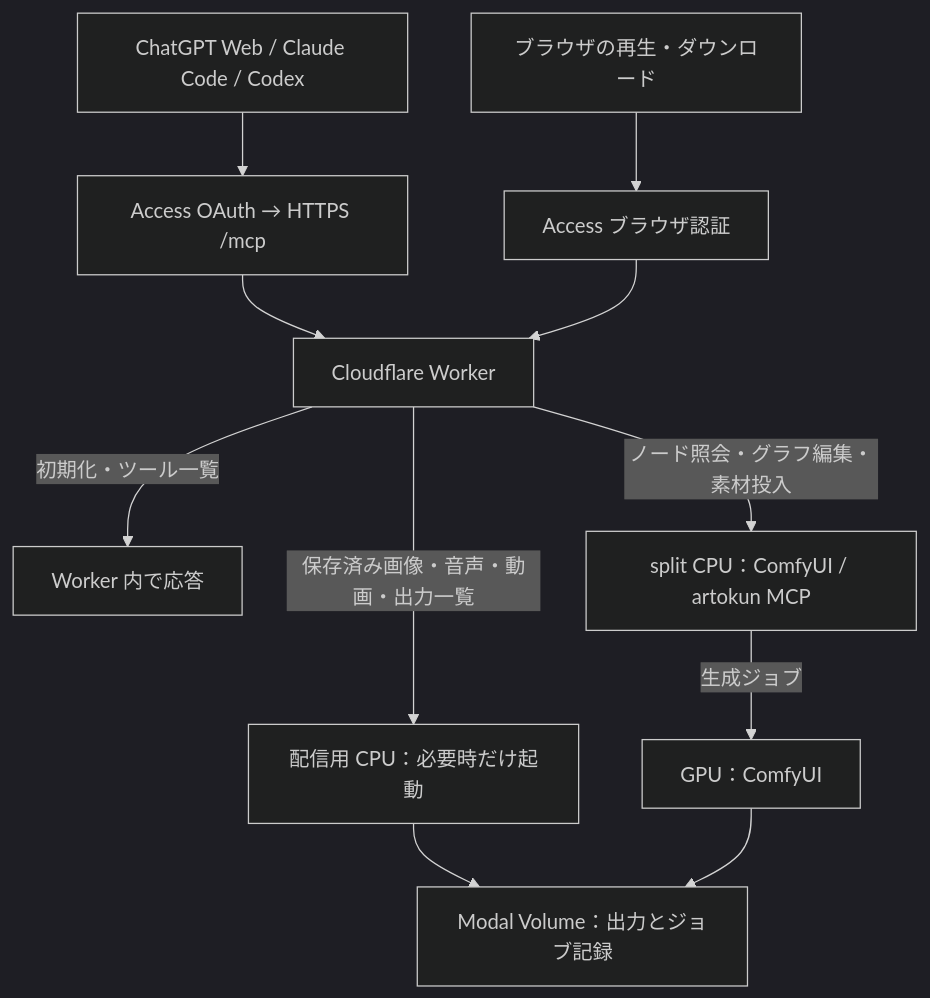
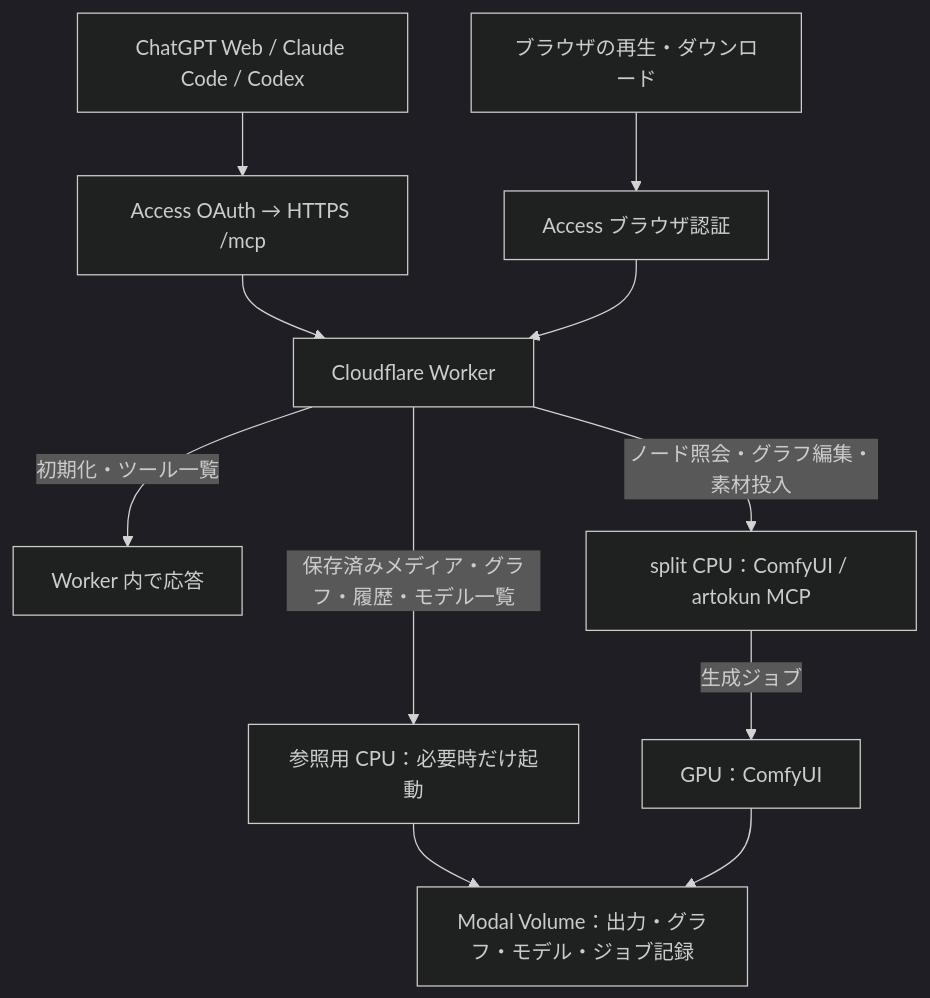
One commit to hndrr/modal-comfyui-deploy changed the diagram in docs/design/split-media-delivery.md. Above: the diagram before and after it, drawn with Mermaid (dark theme). The commit also changed other lines of this file and 15 other files, not shown here.

````diff
--- a/docs/design/split-media-delivery.md
+++ b/docs/design/split-media-delivery.md
@@ -12,13 +13,13 @@
 ```mermaid
 flowchart TD
   Agent[ChatGPT Web / Claude Code / Codex] --> OAuth[Access OAuth → HTTPS /mcp]
   Browser[ブラウザの再生・ダウンロード] --> Access[Access ブラウザ認証]
   OAuth --> Worker[Cloudflare Worker]
   Access --> Worker
   Worker -->|初期化・ツール一覧| Edge[Worker 内で応答]
-  Worker -->|保存済み画像・音声・動画・出力一覧| Media[配信用 CPU：必要時だけ起動]
-  Media --> Output[Modal Volume：出力とジョブ記録]
+  Worker -->|保存済みメディア・グラフ・履歴・モデル一覧| Media[参照用 CPU：必要時だけ起動]
+  Media --> Output[Modal Volume：出力・グラフ・モデル・ジョブ記録]
   Worker -->|ノード照会・グラフ編集・素材投入| Split[split CPU：ComfyUI / artokun MCP]
   Split -->|生成ジョブ| GPU[GPU：ComfyUI]
   GPU --> Output
 ```
````
